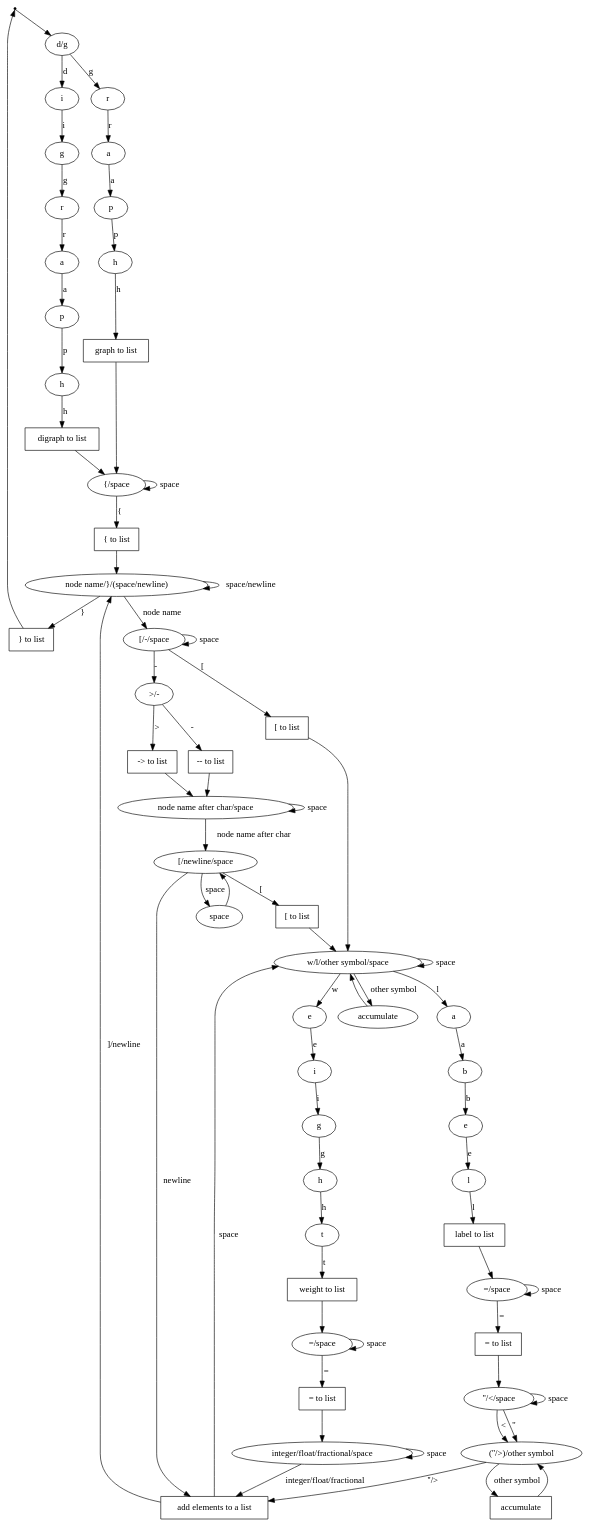
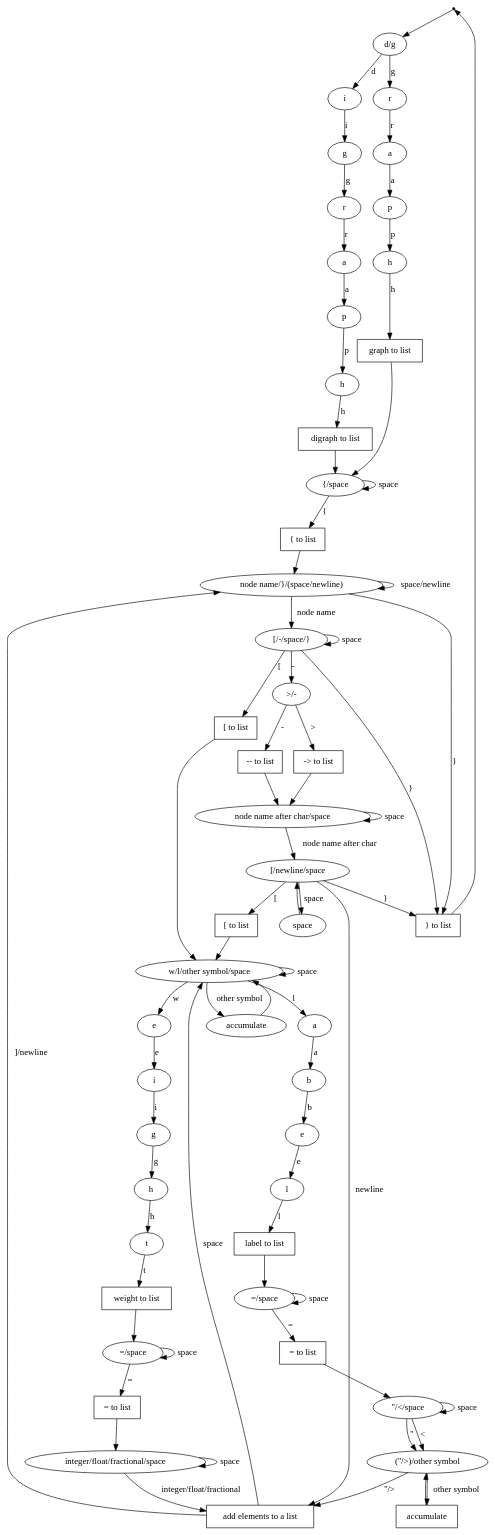
One commit to AshFungor/graph-serializer changed the diagram in data/proposal/symbols.gv. Above: the diagram before and after it, drawn with Graphviz. The commit also changed 17 other files, not shown here.

```diff
--- a/data/proposal/symbols.gv
+++ b/data/proposal/symbols.gv
@@ -1,133 +1,135 @@
 digraph {
 	start[shape="point"]
 
 	initial[shape="ellipse" label="d/g"]
 	start->initial
 
 	list [shape="box" label="add elements to a list"]
 
 	digraph_i [shape="ellipse" label="i"]
 	initial->digraph_i [label="d"]
 	digraph_g [shape="ellipse" label="g"]	
 	digraph_i->digraph_g [label="i"]
 	digraph_r [shape="ellipse" label="r"]
 	digraph_g->digraph_r [label="g"]
 	digraph_a [shape="ellipse" label="a"]
 	digraph_r->digraph_a [label="r"]
 	digraph_p [shape="ellipse" label="p"]
 	digraph_a->digraph_p [label="a"]
 	digraph_h [shape="ellipse" label="h"]
 	digraph_p->digraph_h [label="p"]
 	digraph_list [shape="box" label="digraph to list"]
 	digraph_h->digraph_list [label="h"]
 
 	graph_r [shape="ellipse" label="r"]
 	initial->graph_r [label="g"]
 	graph_a [shape="ellipse" label="a"]
 	graph_r->graph_a [label="r"]
 	graph_p [shape="ellipse" label="p"]
 	graph_a->graph_p [label="a"]
 	graph_h [shape="ellipse" label="h"]
 	graph_p->graph_h [label="p"]
 	graph_list [shape="box" label="graph to list"]
 	graph_h->graph_list [label="h"]
 	
 	open_g [shape="ellipse" label="{/space"]
 	open_g->open_g [label="space"]
 	digraph_list->open_g  
 	graph_list->open_g 
 	open_g_list [shape="box" label="{ to list"]
 	open_g->open_g_list [label="{"]
 	
 	node_name [shape="ellipse" label="node name/}/(space/newline)"]
 	node_name->node_name [label="space/newline"]
 	open_g_list->node_name  
-	choice_char [shape="ellipse" label="[/-/space"]
+	choice_char [shape="ellipse" label="[/-/space/}"]
 	choice_char->choice_char [label="space"]
 	choice_char_list [shape="box" label="[ to list"]
 	choice_char->choice_char_list [label="["]
+	choice_char->end [label="}"]
 	node_name->choice_char [label="node name"]
 
 	transition [shape="ellipse" label=" >/- "]
 	transition_list1 [shape="box" label="-- to list"]
 	transition_list2 [shape="box" label="-> to list"]
 	transition->transition_list1 [label="-"]
 	transition->transition_list2 [label=">"]
 	choice_char->transition [label="-"]
 	end [shape="box" label="} to list"]
 	node_name->end [label="}"]	
 	
 	node_name2 [shape="ellipse" label="node name after char/space"]
 	node_name2->node_name2 [label="space"]
 	param_node [shape="ellipse" label="[/newline/space"]
 	param_node->space [label="space"]
+	param_node->end [label="}"]
 	space->param_node
 	transition_list1->node_name2 
 	transition_list2->node_name2 
 	node_name2->param_node [label="node name after char"]
 	param_node_list [shape="box" label="[ to list"]
 	param_node->param_node_list [label=" [ "]
 	param_node->list [label=" newline "]
 	param_node_list->attr
 
 	list->node_name [label=" ]/newline "]
 	list->attr [label=" space"]
 	
 	attr [shape="ellipse" label="w/l/other symbol/space"]
 	attr->attr [label="space"]
 	choice_char_list->attr 
 
 	attr_weight_e [shape="ellipse" label="e"]
 	attr->attr_weight_e [label="w"]
 	attr_weight_i [shape="ellipse" label="i"]
 	attr_weight_e->attr_weight_i [label="e"]
 	attr_weight_g [shape="ellipse" label="g"]
 	attr_weight_i->attr_weight_g [label="i"]
 	attr_weight_h [shape="ellipse" label="h"]
 	attr_weight_g->attr_weight_h [label="g"]
 	attr_weight_t [shape="ellipse" label="t"]
 	attr_weight_h->attr_weight_t [label="h"]
 	attr_weight_list [shape="box" label="weight to list"]
 	attr_weight_t->attr_weight_list [label="t"]
 	attr_weight_equals [shape="ellipse" label="=/space"]
 	attr_weight_equals->attr_weight_equals [label = "space"]
 	attr_weight_equals_list [shape="box" label="= to list"]
 	attr_weight_equals->attr_weight_equals_list [label="="]
 	attr_weight_list->attr_weight_equals 
 	attr_weight_value [shape="ellipse" label="integer/float/fractional/space"]
 	attr_weight_value->attr_weight_value [label="space"]
 	attr_weight_equals_list->attr_weight_value 
 	attr_weight_value->list [label="integer/float/fractional"]
 
 	attr_label_a [shape="ellipse" label="a"]
 	attr->attr_label_a [label="l"]
 	attr_label_b [shape="ellipse" label="b"]
 	attr_label_a->attr_label_b [label="a"]
 	attr_label_e [shape="ellipse" label="e"]
 	attr_label_b->attr_label_e [label="b"]
 	attr_label_l [shape="ellipse" label="l"]
 	attr_label_e->attr_label_l [label="e"]
 	attr_label_list1 [shape="box" label="label to list"]
 	attr_label_l->attr_label_list1 [label="l"]
 	attr_label_equals [shape="ellipse" label="=/space"]
 	attr_label_equals->attr_label_equals [label="space"]
 	attr_label_list1->attr_label_equals 
 	attr_label_equals_list [shape="box" label="= to list"]
 	attr_label_equals->attr_label_equals_list [label="="]
 	attr_label_open [shape="ellipse" label="''/</space"]
 	attr_label_open->attr_label_open [label="space"]
 	attr_label_equals_list->attr_label_open 
 	attr_label_value [shape="ellipse" label="(''/>)/other symbol"]
 	attr_label_open->attr_label_value [label="<"]
 	attr_label_open->attr_label_value [label="''"]
 	attr_label_list [shape="box" label="accumulate"]
 	attr_label_value->attr_label_list [label="other symbol"]
 	attr_label_list->attr_label_value 
 	attr_label_value->list [label="''/>"]
 
 	arrt_list [shape="ellipse" label="accumulate"]
 	attr->arrt_list [label="other symbol"]
 	arrt_list->attr
 
 	end->start
 }
```
